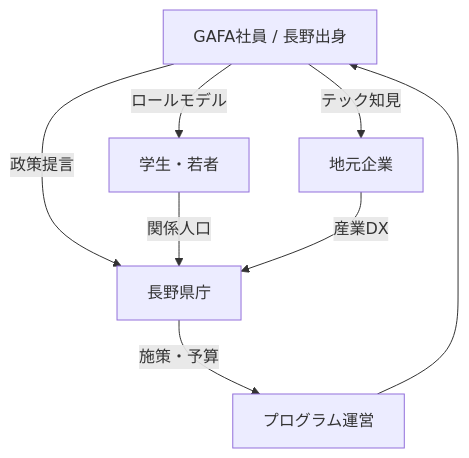
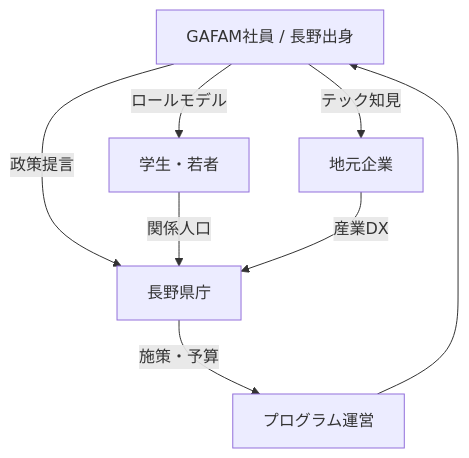
One commit to komiyasa/nagano-hach changed the diagram in README.md. Above: the diagram before and after it, drawn with Mermaid. The commit also changed other lines of this file, not shown here.

````diff
--- a/README.md
+++ b/README.md
@@ -170,10 +170,10 @@
 ```mermaid
 graph TD
-    A[GAFA社員 / 長野出身] -->|ロールモデル| B[学生・若者]
+    A[GAFAM社員 / 長野出身] -->|ロールモデル| B[学生・若者]
     A -->|テック知見| C[地元企業]
     A -->|政策提言| D[長野県庁]
     B -->|関係人口| D
     C -->|産業DX| D
     D -->|施策・予算| E[プログラム運営]
     E --> A
 ```
````
